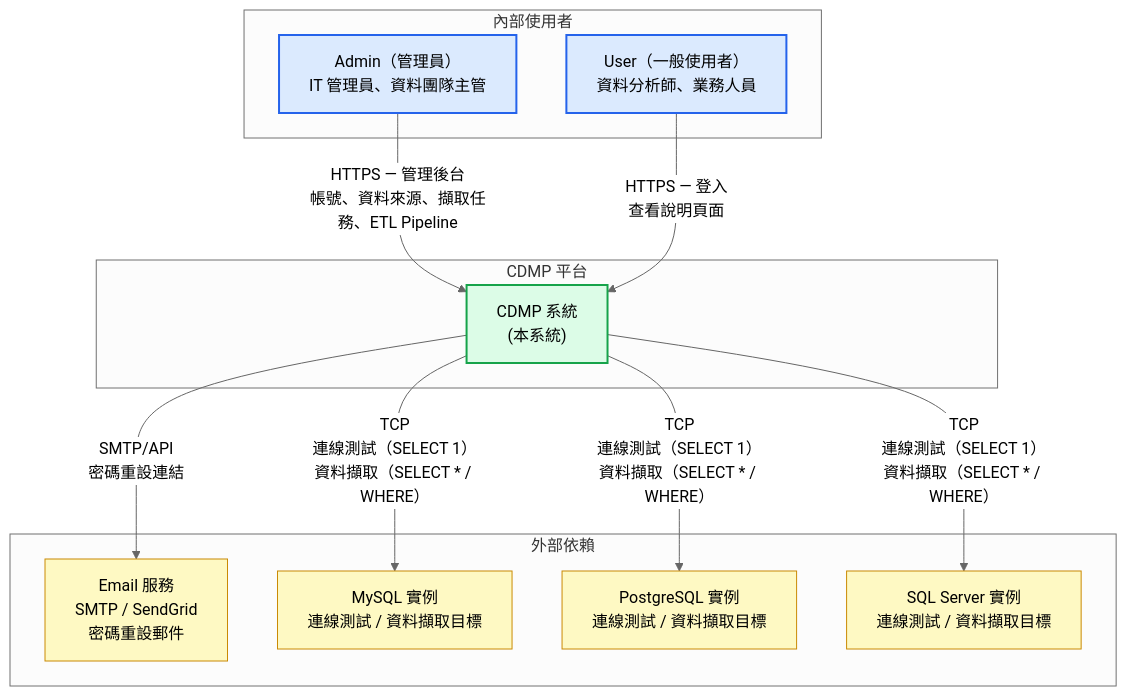
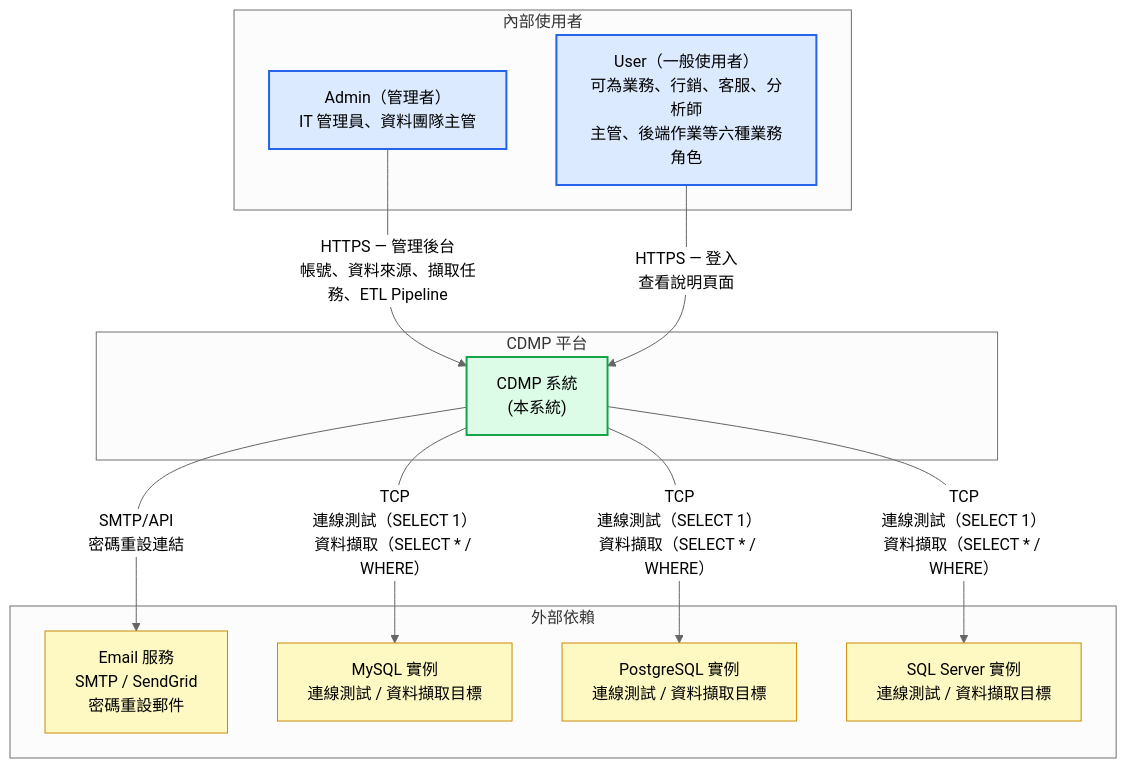
The second of 17 diagrams in docs/specs/architecture-spec.md (wisewhalesoft/cdmp-mvp), drawn with Mermaid (neutral theme) before and after one commit. The commit also changed other lines of this file and 13 other files, not shown here.

````diff
--- a/docs/specs/architecture-spec.md
+++ b/docs/specs/architecture-spec.md
@@ -130,32 +130,32 @@
 ```mermaid
 graph TB
     subgraph 內部使用者["內部使用者"]
-        Admin["Admin（管理員）<br/>IT 管理員、資料團隊主管"]
-        User["User（一般使用者）<br/>資料分析師、業務人員"]
+        Admin["Admin（管理者）<br/>IT 管理員、資料團隊主管"]
+        User["User（一般使用者）<br/>可為業務、行銷、客服、分析師<br/>主管、後端作業等六種業務角色"]
     end
 
     subgraph CDMP["CDMP 平台"]
         System["CDMP 系統<br/>(本系統)"]
     end
 
     subgraph 外部服務["外部依賴"]
         EmailSvc["Email 服務<br/>SMTP / SendGrid<br/>密碼重設郵件"]
         MySQL["MySQL 實例<br/>連線測試 / 資料擷取目標"]
         PostgreSQL["PostgreSQL 實例<br/>連線測試 / 資料擷取目標"]
         SQLServer["SQL Server 實例<br/>連線測試 / 資料擷取目標"]
     end
 
     Admin -->|"HTTPS — 管理後台<br/>帳號、資料來源、擷取任務、ETL Pipeline"| System
     User -->|"HTTPS — 登入<br/>查看說明頁面"| System
     System -->|"SMTP/API<br/>密碼重設連結"| EmailSvc
     System -->|"TCP<br/>連線測試（SELECT 1）<br/>資料擷取（SELECT * / WHERE）"| MySQL
     System -->|"TCP<br/>連線測試（SELECT 1）<br/>資料擷取（SELECT * / WHERE）"| PostgreSQL
     System -->|"TCP<br/>連線測試（SELECT 1）<br/>資料擷取（SELECT * / WHERE）"| SQLServer
 
     classDef actor fill:#dbeafe,stroke:#2563eb,stroke-width:2px
     classDef system fill:#dcfce7,stroke:#16a34a,stroke-width:2px
     classDef external fill:#fef9c3,stroke:#ca8a04,stroke-width:1px
     class Admin,User actor
     class System system
     class EmailSvc,MySQL,PostgreSQL,SQLServer external
 ```
````
